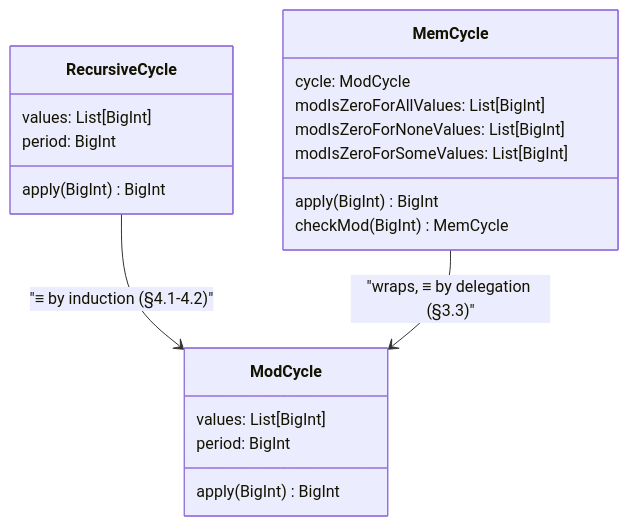
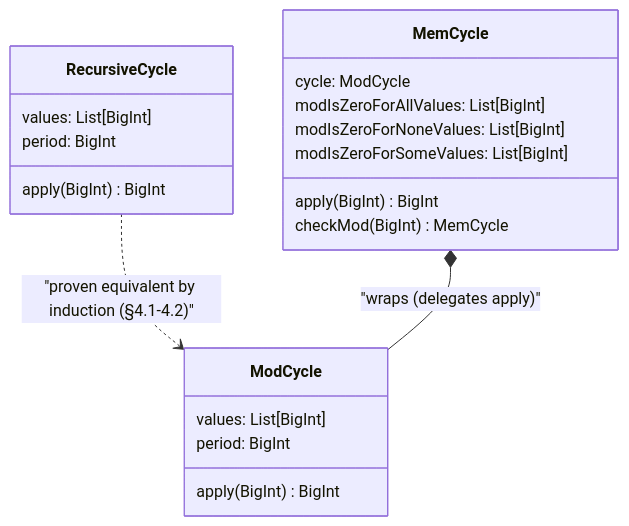
The diagram in articles/chapter4/cycle.md (thiagomata/prime-numbers), drawn with Mermaid before and after one commit. The commit also changed other lines of this file and 3 other files, not shown here.

First line of the commit message:
cycle.md: fix Cycle/ModCycle equivalence gap, simplify §5.7, add residue classification (§5.10-5.12), fix LaTeX bugs

````diff
--- a/articles/chapter4/cycle.md
+++ b/articles/chapter4/cycle.md
@@ -189,23 +190,23 @@
 ```mermaid
 classDiagram
-    class MemCycle {
-        cycle: ModCycle
-        modIsZeroForAllValues: List[BigInt]
-        modIsZeroForNoneValues: List[BigInt]
-        modIsZeroForSomeValues: List[BigInt]
-        apply(BigInt) BigInt
-        checkMod(BigInt) MemCycle
-    }
     class RecursiveCycle {
         values: List[BigInt]
         period: BigInt
         apply(BigInt) BigInt
     }
     class ModCycle {
         values: List[BigInt]
         period: BigInt
         apply(BigInt) BigInt
     }
-    RecursiveCycle --> ModCycle : "≡ by induction (§4.1-4.2)"
-    MemCycle --> ModCycle : "wraps, ≡ by delegation (§3.3)"
+    class MemCycle {
+        cycle: ModCycle
+        modIsZeroForAllValues: List[BigInt]
+        modIsZeroForNoneValues: List[BigInt]
+        modIsZeroForSomeValues: List[BigInt]
+        apply(BigInt) BigInt
+        checkMod(BigInt) MemCycle
+    }
+    RecursiveCycle ..> ModCycle : "proven equivalent by induction (§4.1-4.2)"
+    MemCycle *-- ModCycle : "wraps (delegates apply)"
 ```
````
